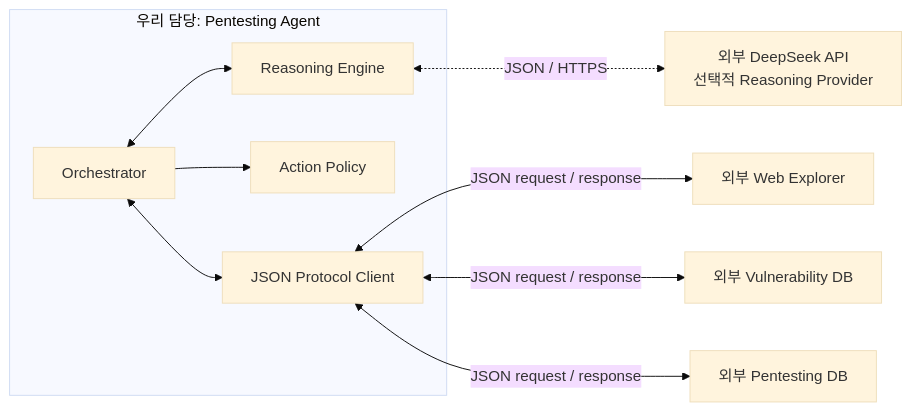
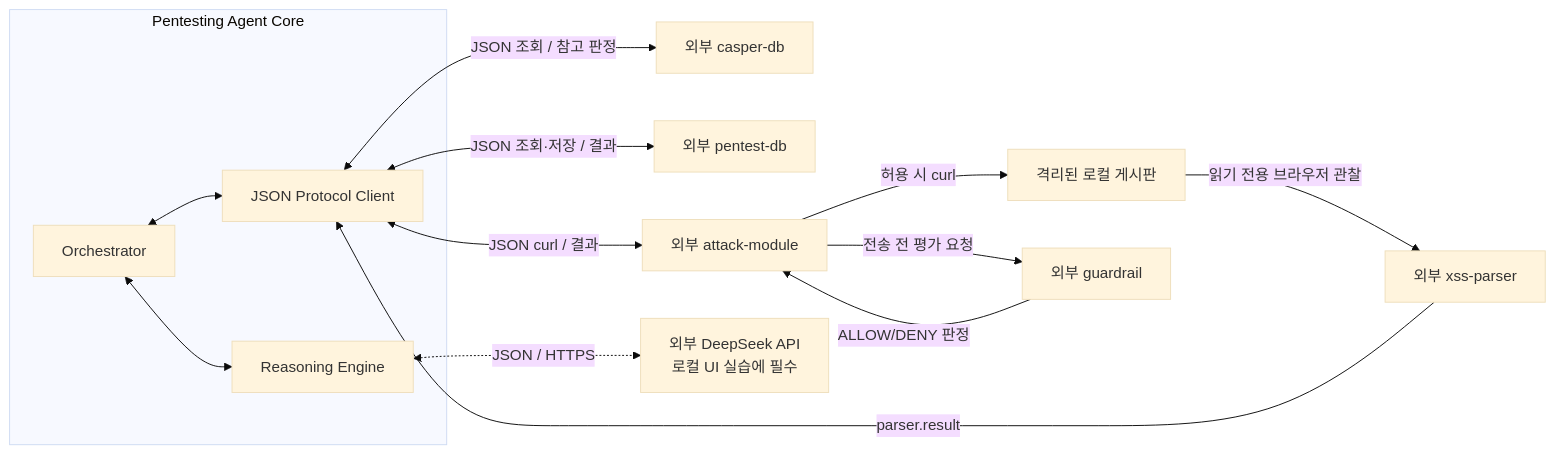
Before and after one commit to typemnm/FSL-CA3P: the diagram in agent/README.md, drawn with Mermaid (base theme). The commit also changed other lines of this file and 58 other files, not shown here.

````diff
--- a/agent/README.md
+++ b/agent/README.md
@@ -23,17 +25,20 @@
 ```mermaid
 flowchart LR
-    subgraph A[우리 담당: Pentesting Agent]
+    subgraph A[Pentesting Agent Core]
         O[Orchestrator]
         R[Reasoning Engine]
-        P[Action Policy]
         C[JSON Protocol Client]
         O <--> R
-        O --> P
         O <--> C
     end
 
-    C <-->|JSON request / response| W[외부 Web Explorer]
-    C <-->|JSON request / response| V[외부 Vulnerability DB]
-    C <-->|JSON request / response| D[외부 Pentesting DB]
-    R <-.->|JSON / HTTPS| DS[외부 DeepSeek API<br/>선택적 Reasoning Provider]
+    SITE[격리된 로컬 게시판] -->|읽기 전용 브라우저 관찰| P[외부 xss-parser]
+    P -->|parser.result| C
+    C <-->|JSON 조회 / 참고 판정| H[외부 casper-db]
+    C <-->|JSON 조회·저장 / 결과| D[외부 pentest-db]
+    C <-->|JSON curl / 결과| X[외부 attack-module]
+    X -->|전송 전 평가 요청| G[외부 guardrail]
+    G -->|ALLOW/DENY 판정| X
+    X -->|허용 시 curl| SITE
+    R <-.->|JSON / HTTPS| DS[외부 DeepSeek API<br/>로컬 UI 실습에 필수]
 ```
````
